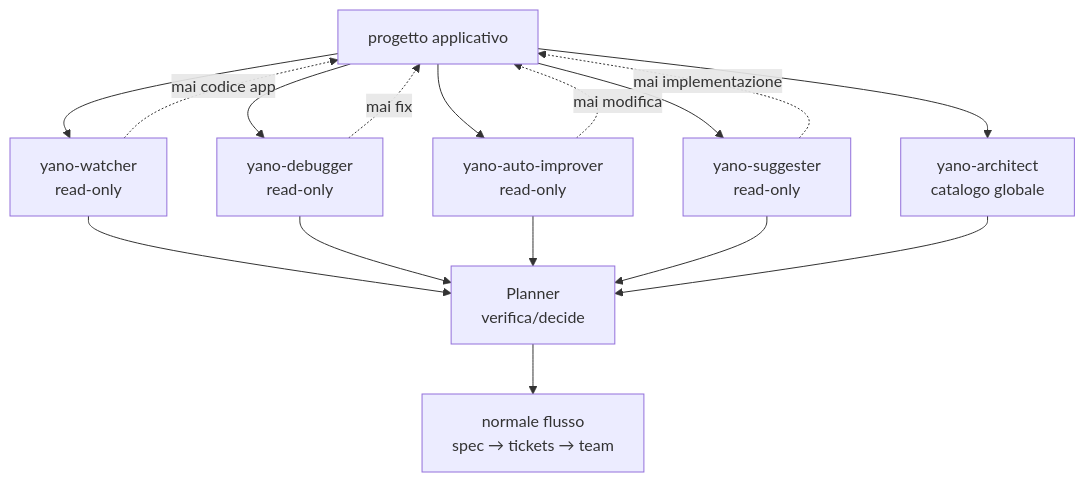
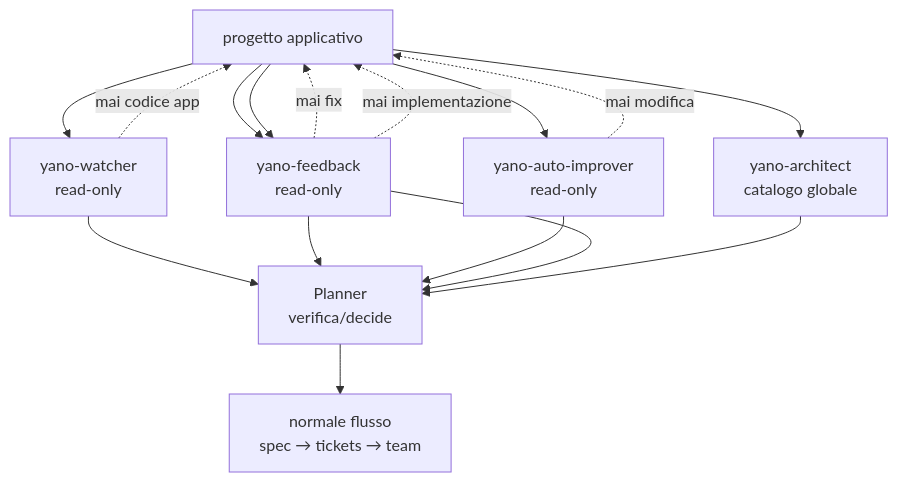
One commit to alessiobacin/yano-orchestrator changed the diagram in docs/diagram/06-agenti-esterni.mmd. Above: the diagram before and after it, drawn with Mermaid. The commit also changed 84 other files, not shown here.

First line of the commit message:
Refactor Yano CLI and Observer: Replace 'suggester' with 'feedback', update documentation, and implement new feedback API

```diff
--- a/docs/diagram/06-agenti-esterni.mmd
+++ b/docs/diagram/06-agenti-esterni.mmd
@@ -1,16 +1,16 @@
 flowchart TD
     PROJECT["progetto applicativo"] --> WATCHER["yano-watcher\nread-only"]
-    PROJECT --> DEBUGGER["yano-debugger\nread-only"]
+    PROJECT --> feedback["yano-feedback\nread-only"]
     PROJECT --> AUTO["yano-auto-improver\nread-only"]
-    PROJECT --> SUGGESTER["yano-suggester\nread-only"]
+    PROJECT --> feedback["yano-feedback\nread-only"]
     PROJECT --> ARCHITECT["yano-architect\ncatalogo globale"]
     WATCHER --> PLANNER["Planner\nverifica/decide"]
-    DEBUGGER --> PLANNER
+    feedback --> PLANNER
     AUTO --> PLANNER
-    SUGGESTER --> PLANNER
+    feedback --> PLANNER
     ARCHITECT --> PLANNER
     PLANNER --> DEV["normale flusso\nspec → tickets → team"]
     WATCHER -. "mai codice app" .-> PROJECT
-    DEBUGGER -. "mai fix" .-> PROJECT
+    feedback -. "mai fix" .-> PROJECT
     AUTO -. "mai modifica" .-> PROJECT
-    SUGGESTER -. "mai implementazione" .-> PROJECT
+    feedback -. "mai implementazione" .-> PROJECT
```
